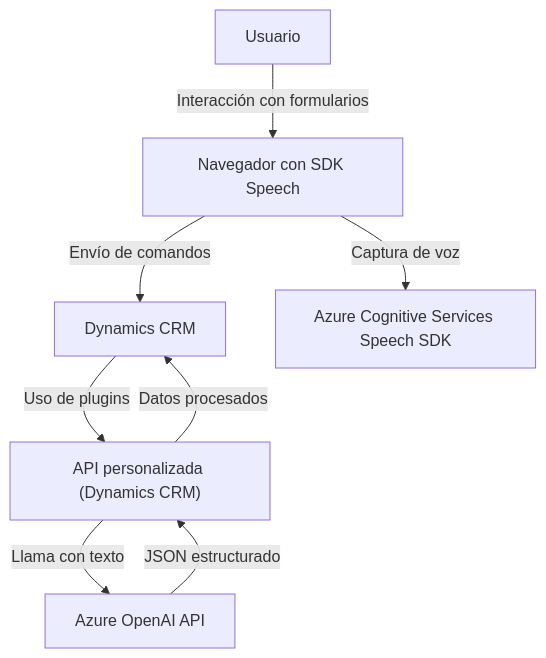
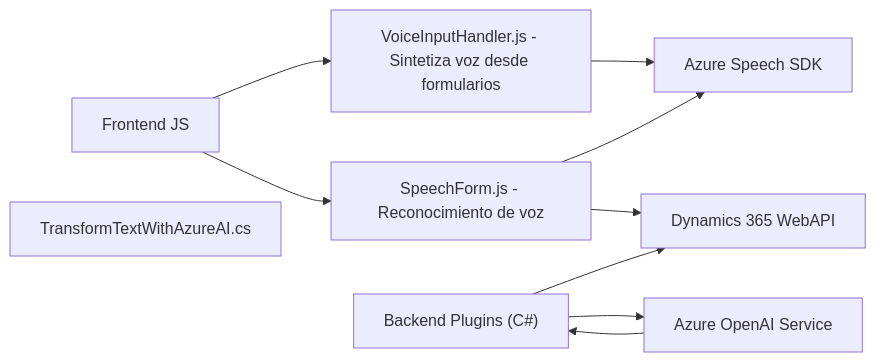
One commit to blopezdm/NETCORE_BILBAO2025 changed the diagram in README.md. Above: the diagram before and after it, drawn with Mermaid. The commit also changed other lines of this file, not shown here.

Commit message:
Actualizar análisis global de la solución con IA

````diff
--- a/README.md
+++ b/README.md
@@ -51,17 +49,20 @@
 ```mermaid
-graph TD
-    Dynamics365["Dynamics CRM"]
-    User["Usuario"]
-    Browser["Navegador con SDK Speech"]
-    AzureSpeech["Azure Cognitive Services Speech SDK"]
-    AzureOpenAI["Azure OpenAI API"]
-    MicroserviceAPI["API personalizada (Dynamics CRM)"]
-
-    User --> |Interacción con formularios| Browser
-    Browser --> |Captura de voz| AzureSpeech
-    Browser --> |Envío de comandos| Dynamics365
-    Dynamics365 --> |Uso de plugins| MicroserviceAPI
-    MicroserviceAPI --> |Llama con texto| AzureOpenAI
-    AzureOpenAI --> |JSON estructurado| MicroserviceAPI
-    MicroserviceAPI --> |Datos procesados| Dynamics365
+graph LR
+    A["Frontend JS"]
+    B["VoiceInputHandler.js - Sintetiza voz desde formularios"]
+    C["SpeechForm.js - Reconocimiento de voz"]
+    D["Azure Speech SDK"]
+    E["Dynamics 365 WebAPI"]
+    F["Backend Plugins (C#)"]
+    G["TransformTextWithAzureAI.cs"]
+    H["Azure OpenAI Service"]
+    
+    A --> B
+    A --> C
+    B --> D
+    C --> D
+    C --> E
+    F --> E
+    F --> H
+    H --> F
 ```
````
